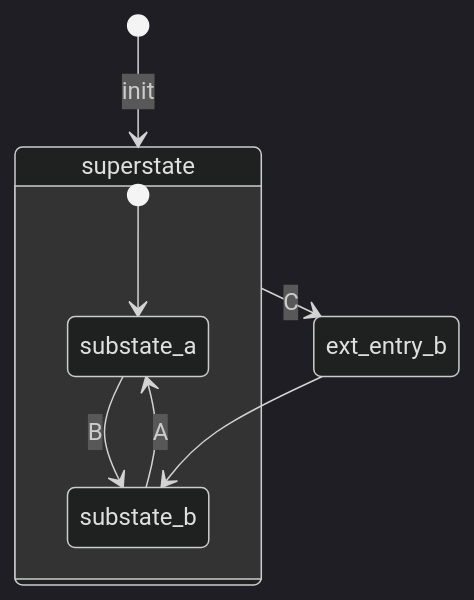
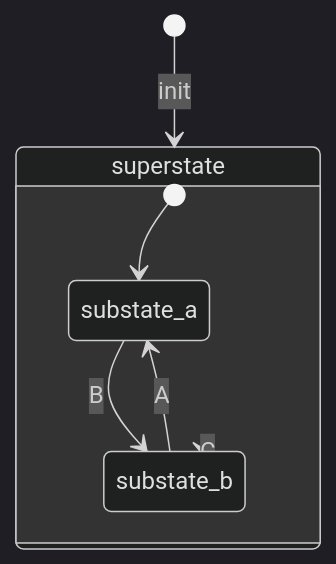
The second of 2 diagrams in README.md (adel-mamin/amast), drawn with Mermaid (dark theme) before and after one commit.

Commit message:
Fix HSM diagram in README.md

````diff
--- a/README.md
+++ b/README.md
@@ -77,15 +77,13 @@
 ```mermaid
 stateDiagram-v2
     [*] --> superstate : init
 
     state superstate {
         [*] --> substate_a
+
         substate_a --> substate_b : B
         substate_b --> substate_a : A
     }
 
-    superstate --> ext_entry_b : C
-    ext_entry_b --> substate_b
-
-    state ext_entry_b <<entry>>
+    superstate --> substate_b : C
 ```
````
